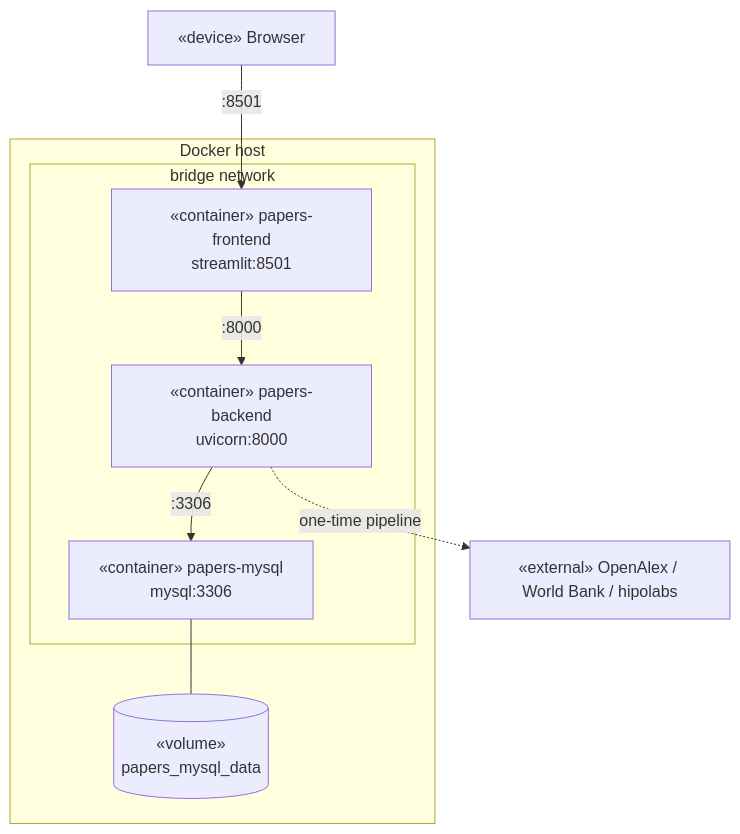
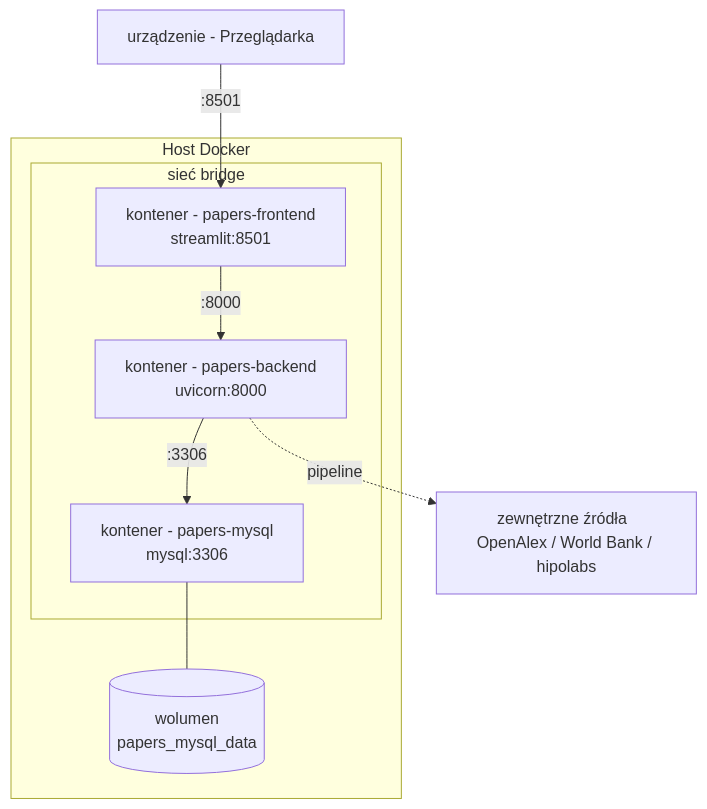
The fourth of 4 diagrams in docs/ARCHITECTURE.md (wojciech-baraniak05/Scientific-Papers-Graphed), drawn with Mermaid before and after one commit. The commit also changed other lines of this file and 10 other files, not shown here.

````diff
--- a/docs/ARCHITECTURE.md
+++ b/docs/ARCHITECTURE.md
@@ -119,19 +109,19 @@
 ```mermaid
 flowchart TB
-    subgraph host[Docker host]
-        subgraph net[bridge network]
-            fe["«container» papers-frontend\nstreamlit:8501"]
-            be["«container» papers-backend\nuvicorn:8000"]
-            db["«container» papers-mysql\nmysql:3306"]
+    subgraph host[Host Docker]
+        subgraph net[sieć bridge]
+            fe["kontener - papers-frontend\nstreamlit:8501"]
+            be["kontener - papers-backend\nuvicorn:8000"]
+            db["kontener - papers-mysql\nmysql:3306"]
         end
-        vol[("«volume»\npapers_mysql_data")]
+        vol[("wolumen\npapers_mysql_data")]
     end
-    browser["«device» Browser"]
-    ext["«external» OpenAlex / World Bank / hipolabs"]
+    browser["urządzenie - Przeglądarka"]
+    ext["zewnętrzne źródła  OpenAlex / World Bank / hipolabs"]
 
     browser -->|:8501| fe
     fe -->|:8000| be
     be -->|:3306| db
     db --- vol
-    be -.one-time pipeline.-> ext
+    be -.pipeline.-> ext
 ```
````
